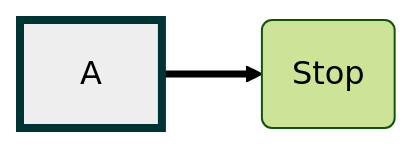
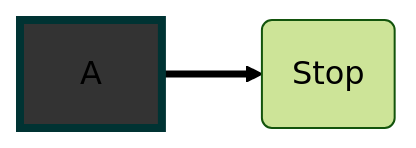
The third of 3 diagrams in Documentation/diagram_with_mermaid.md (PanGalacticTech/ISOpower), drawn with Mermaid (forest theme) before and after one commit.

````diff
--- a/Documentation/diagram_with_mermaid.md
+++ b/Documentation/diagram_with_mermaid.md
@@ -46,8 +46,8 @@
 ```mermaid
 graph LR
 %% This is a comment 
 A:::darkBlue ==>B(Stop);
 
-classDef darkBlue fill:#eee,stroke:#033,stroke-width:4px;
+classDef darkBlue fill:#333,stroke:#033,stroke-width:4px;
 %%class nodeId1, nodeId2 darkBlue;
 ```
````
